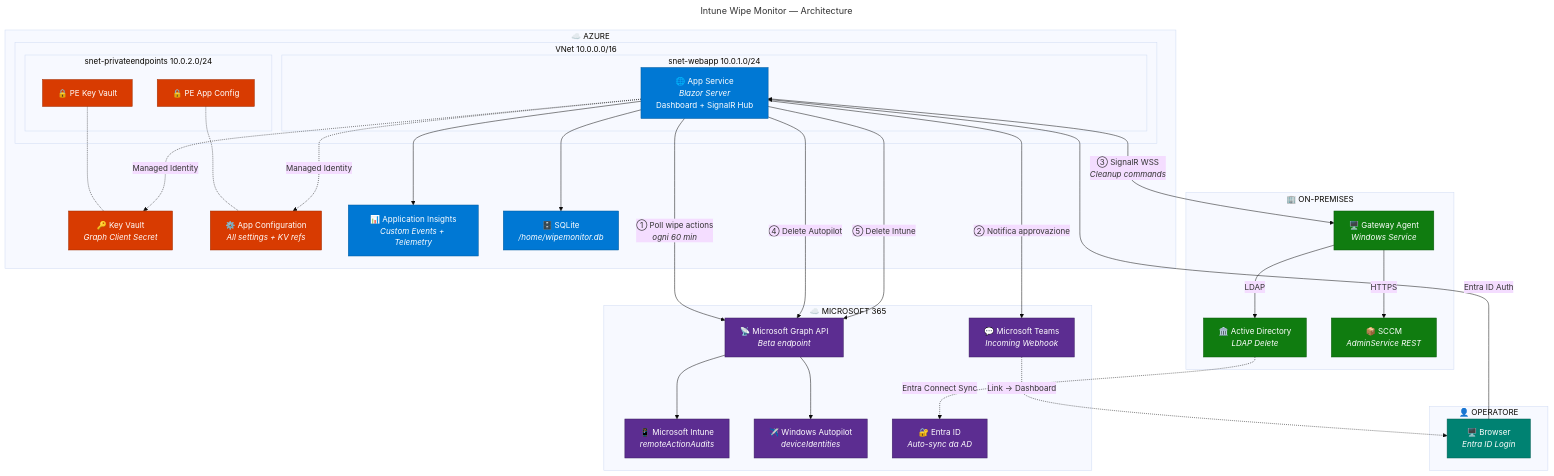
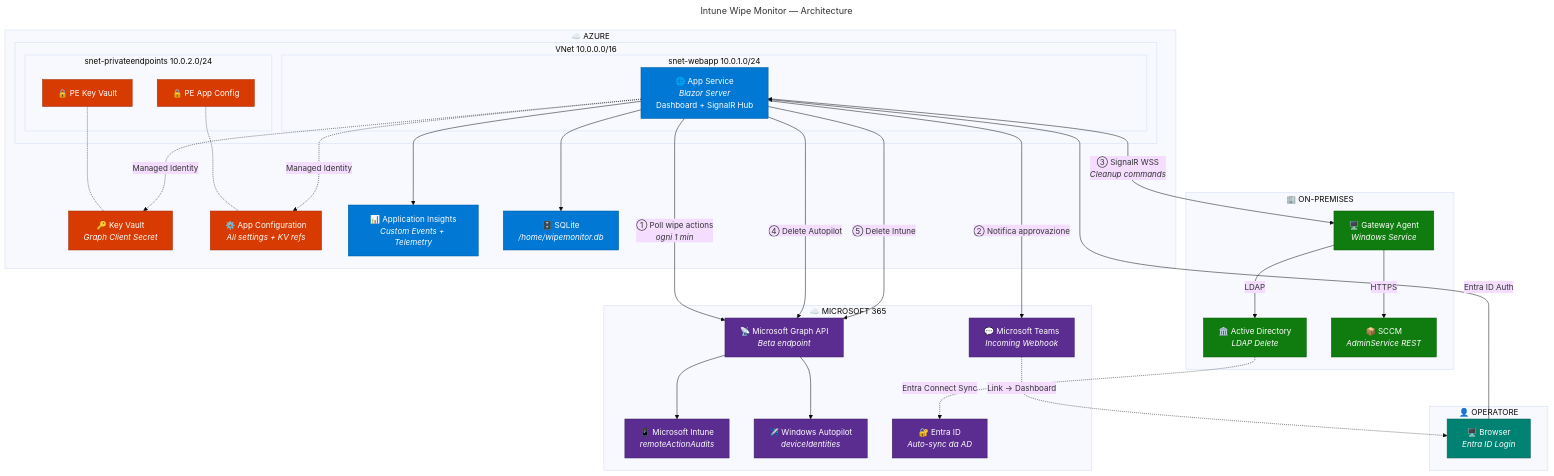
One commit to robgrame/Intune.WipeMonitor changed the first of 2 diagrams in docs/architecture.md. Above: the diagram before and after it, drawn with Mermaid (base theme). The commit also changed other lines of this file and 2 other files, not shown here.

Commit message:
Update docs: polling interval 60 min → 1 min

````diff
--- a/docs/architecture.md
+++ b/docs/architecture.md
@@ -1,76 +1,76 @@
 ```mermaid
 ---
 title: Intune Wipe Monitor — Architecture
 ---
 graph TB
     subgraph CLOUD["☁️ AZURE"]
         subgraph VNET["VNet 10.0.0.0/16"]
             subgraph WEBAPP_SUBNET["snet-webapp 10.0.1.0/24"]
                 APP["🌐 App Service<br/><i>Blazor Server</i><br/>Dashboard + SignalR Hub"]
             end
             subgraph PE_SUBNET["snet-privateendpoints 10.0.2.0/24"]
                 PE_KV["🔒 PE Key Vault"]
                 PE_AC["🔒 PE App Config"]
             end
         end
 
         KV["🔑 Key Vault<br/><i>Graph Client Secret</i>"]
         AC["⚙️ App Configuration<br/><i>All settings + KV refs</i>"]
         AI["📊 Application Insights<br/><i>Custom Events + Telemetry</i>"]
         DB["🗄️ SQLite<br/><i>/home/wipemonitor.db</i>"]
         
         PE_KV -.- KV
         PE_AC -.- AC
         APP --> AI
         APP --> DB
         APP -.->|"Managed Identity"| KV
         APP -.->|"Managed Identity"| AC
     end
 
     subgraph MICROSOFT["☁️ MICROSOFT 365"]
         INTUNE["📱 Microsoft Intune<br/><i>remoteActionAudits</i>"]
         AUTOPILOT["✈️ Windows Autopilot<br/><i>deviceIdentities</i>"]
         ENTRA["🔐 Entra ID<br/><i>Auto-sync da AD</i>"]
         GRAPH["📡 Microsoft Graph API<br/><i>Beta endpoint</i>"]
         TEAMS["💬 Microsoft Teams<br/><i>Incoming Webhook</i>"]
         
         GRAPH --> INTUNE
         GRAPH --> AUTOPILOT
     end
 
     subgraph ONPREM["🏢 ON-PREMISES"]
         AGENT["🖥️ Gateway Agent<br/><i>Windows Service</i>"]
         AD["🏛️ Active Directory<br/><i>LDAP Delete</i>"]
         SCCM["📦 SCCM<br/><i>AdminService REST</i>"]
         
         AGENT -->|"LDAP"| AD
         AGENT -->|"HTTPS"| SCCM
     end
 
     subgraph OPERATOR["👤 OPERATORE"]
         BROWSER["🖥️ Browser<br/><i>Entra ID Login</i>"]
     end
 
     %% Connections
-    APP -->|"① Poll wipe actions<br/><i>ogni 60 min</i>"| GRAPH
+    APP -->|"① Poll wipe actions<br/><i>ogni 1 min</i>"| GRAPH
     APP -->|"② Notifica approvazione"| TEAMS
     APP <-->|"③ SignalR WSS<br/><i>Cleanup commands</i>"| AGENT
     APP -->|"④ Delete Autopilot"| GRAPH
     APP -->|"⑤ Delete Intune"| GRAPH
     AD -.->|"Entra Connect Sync"| ENTRA
 
     BROWSER -->|"Entra ID Auth"| APP
     TEAMS -.->|"Link → Dashboard"| BROWSER
 
     classDef azure fill:#0078d4,stroke:#005a9e,color:white
     classDef ms365 fill:#5c2d91,stroke:#3b1d60,color:white
     classDef onprem fill:#107c10,stroke:#0b5a0b,color:white
     classDef security fill:#d83b01,stroke:#a02d01,color:white
     classDef operator fill:#008272,stroke:#005c52,color:white
 
     class APP,DB,AI azure
     class KV,PE_KV,AC,PE_AC security
     class INTUNE,AUTOPILOT,ENTRA,GRAPH,TEAMS ms365
     class AGENT,AD,SCCM onprem
     class BROWSER operator
 ```
````
